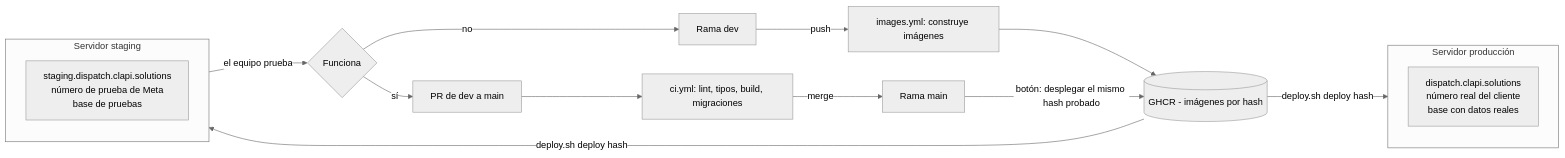
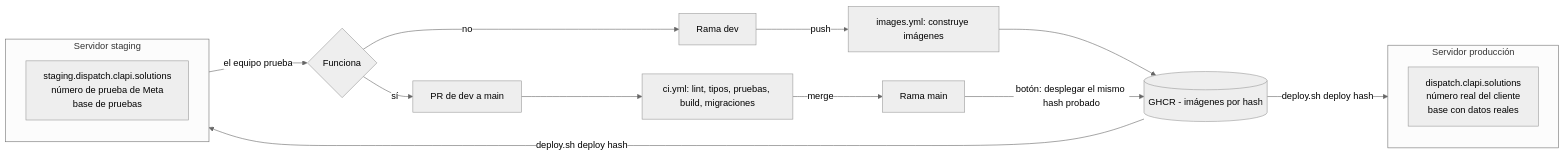
One commit to clapi-labs/clapi-dispatch changed the second of 7 diagrams in docs/INFRAESTRUCTURA.md. Above: the diagram before and after it, drawn with Mermaid (neutral theme). The commit also changed other lines of this file and 4 other files, not shown here.

````diff
--- a/docs/INFRAESTRUCTURA.md
+++ b/docs/INFRAESTRUCTURA.md
@@ -88,23 +88,23 @@
 ```mermaid
 flowchart LR
     DEVR[Rama dev] -- push --> IMG1["images.yml: construye imágenes"]
     IMG1 --> GHCR[(GHCR - imágenes por hash)]
     GHCR -- "deploy.sh deploy hash" --> STG
 
     subgraph STG[Servidor staging]
         S1["staging.dispatch.clapi.solutions<br/>número de prueba de Meta<br/>base de pruebas"]
     end
 
     STG -- "el equipo prueba" --> OK{Funciona}
     OK -- sí --> PR[PR de dev a main]
-    PR --> CI["ci.yml: lint, tipos, build, migraciones"]
+    PR --> CI["ci.yml: lint, tipos, pruebas, build, migraciones"]
     CI -- merge --> MAIN[Rama main]
     MAIN -- "botón: desplegar el mismo hash probado" --> GHCR
     GHCR -- "deploy.sh deploy hash" --> PRD
 
     subgraph PRD[Servidor producción]
         P1["dispatch.clapi.solutions<br/>número real del cliente<br/>base con datos reales"]
     end
 
     OK -- no --> DEVR
 ```
````
